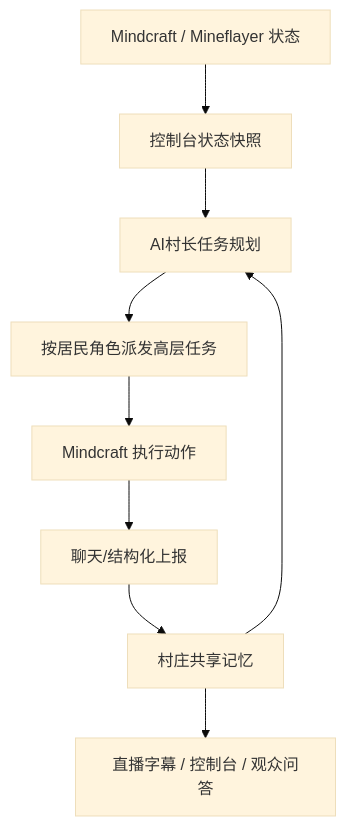
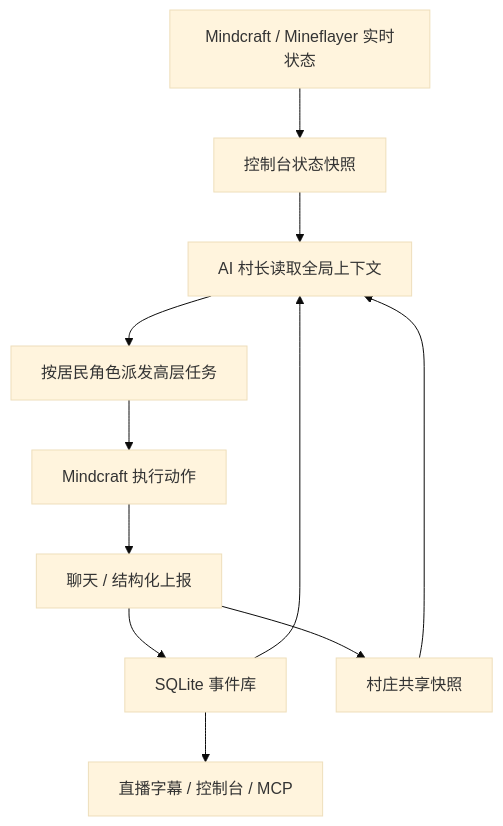
The diagram in docs/AGENT_SOCIETY.md (jcs130/minecraft-ai-friend), drawn with Mermaid (base theme) before and after one commit. The commit also changed other lines of this file and 11 other files, not shown here.

Commit message:
Document architecture and agent maintenance

````diff
--- a/docs/AGENT_SOCIETY.md
+++ b/docs/AGENT_SOCIETY.md
@@ -22,11 +27,13 @@
 ```mermaid
 flowchart TD
-  A[Mindcraft / Mineflayer 状态] --> B[控制台状态快照]
-  B --> C[AI村长任务规划]
+  A[Mindcraft / Mineflayer 实时状态] --> B[控制台状态快照]
+  B --> C[AI 村长读取全局上下文]
   C --> D[按居民角色派发高层任务]
   D --> E[Mindcraft 执行动作]
-  E --> F[聊天/结构化上报]
-  F --> G[村庄共享记忆]
+  E --> F[聊天 / 结构化上报]
+  F --> G[SQLite 事件库]
+  F --> H[村庄共享快照]
   G --> C
-  G --> H[直播字幕 / 控制台 / 观众问答]
+  H --> C
+  G --> I[直播字幕 / 控制台 / MCP]
 ```
````
